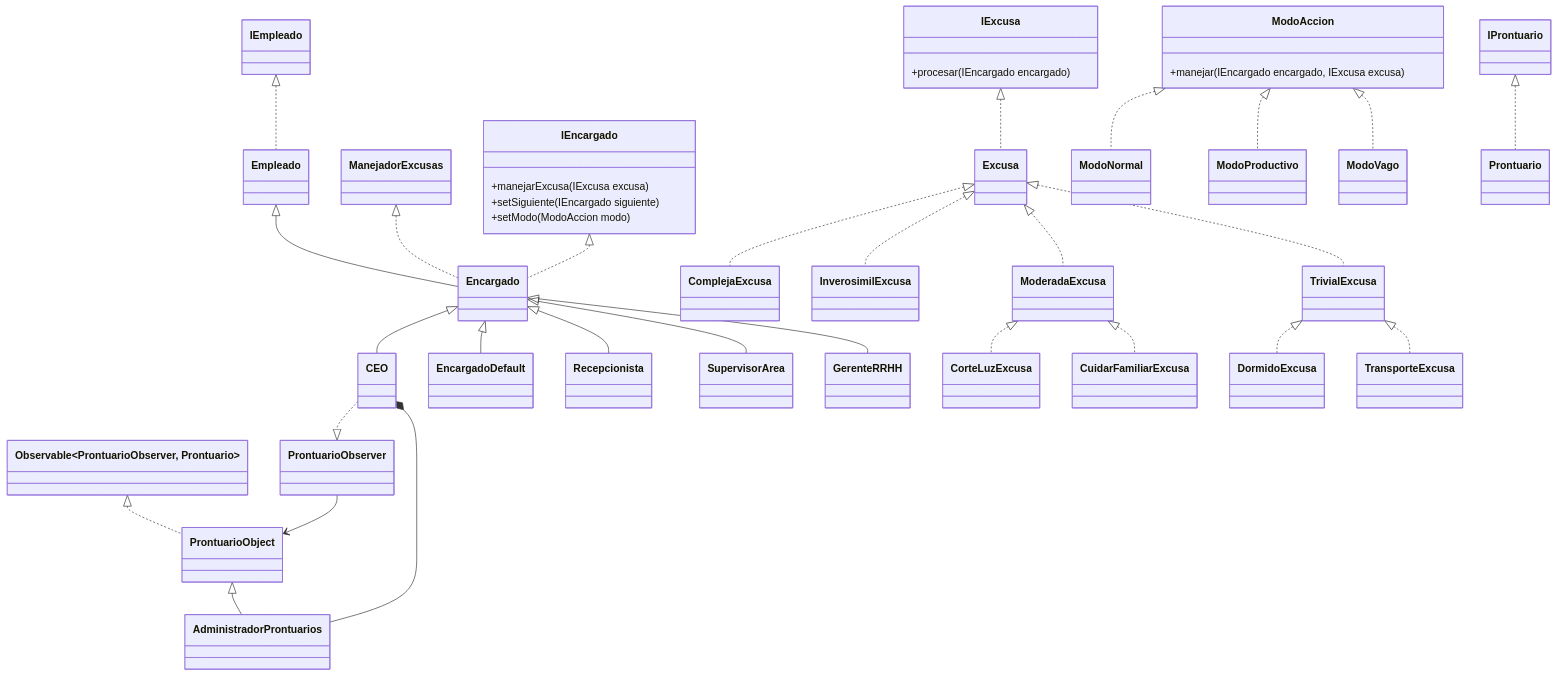
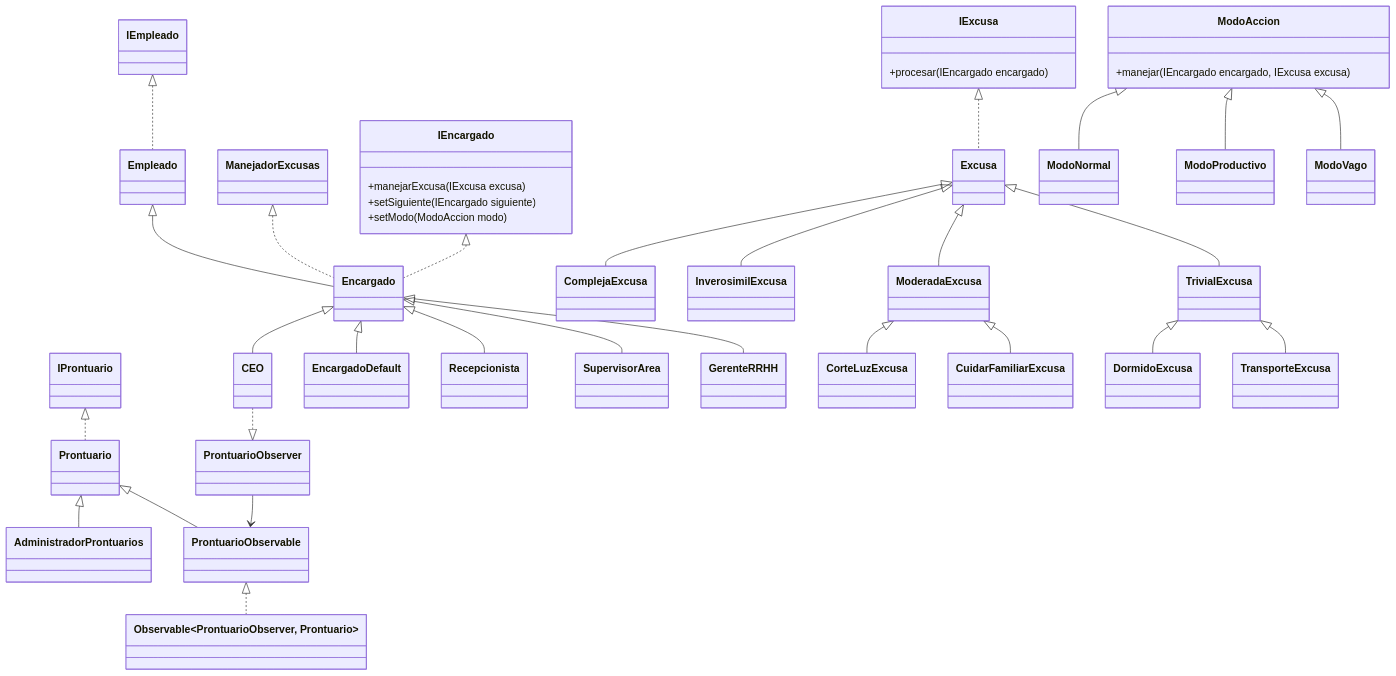
One commit to SantiFalcon59/DisenoSistemas changed the diagram in README.md. Above: the diagram before and after it, drawn with Mermaid. The commit also changed 9 other files, not shown here.

Commit message:
update uml

````diff
--- a/README.md
+++ b/README.md
@@ -68,20 +68,20 @@
     class Excusa
     class ComplejaExcusa 
     class InverosimilExcusa
-	class ModeradaExcusa
-	class TrivialExcusa
-	class CorteLuzExcusa
-	class CuidarFamiliarExcusa
-	class DormidoExcusa
-	class TransporteExcusa
-	
+    class ModeradaExcusa
+    class TrivialExcusa
+    class CorteLuzExcusa
+    class CuidarFamiliarExcusa
+    class DormidoExcusa
+    class TransporteExcusa
+
     class ModoNormal
     class ModoProductivo
     class ModoVago
 
     class AdministradorProntuarios
     class Prontuario
-    class ProntuarioObject
+    class ProntuarioObservable
     class ProntuarioObserver
 
     %% Herencias / Implementaciones
@@ -91,32 +91,33 @@
     IEncargado <|.. Encargado
 
     Encargado <|-- CEO
-	Encargado <|-- GerenteRRHH
+    Encargado <|-- GerenteRRHH
     Encargado <|-- Recepcionista
     Encargado <|-- SupervisorArea
     Encargado <|-- EncargadoDefault
 
     IExcusa <|.. Excusa
 
-    Excusa <|.. ComplejaExcusa
-    Excusa <|.. InverosimilExcusa
-    Excusa <|.. ModeradaExcusa
-    Excusa <|.. TrivialExcusa
-	
-    TrivialExcusa <|.. DormidoExcusa
-    TrivialExcusa <|.. TransporteExcusa
-    ModeradaExcusa <|.. CorteLuzExcusa
-    ModeradaExcusa <|.. CuidarFamiliarExcusa
+    Excusa <|-- ComplejaExcusa
+    Excusa <|-- InverosimilExcusa
+    Excusa <|-- ModeradaExcusa
+    Excusa <|-- TrivialExcusa
 
-    ModoAccion <|.. ModoNormal
-    ModoAccion <|.. ModoProductivo
-    ModoAccion <|.. ModoVago
+    TrivialExcusa <|-- DormidoExcusa
+    TrivialExcusa <|-- TransporteExcusa
+    ModeradaExcusa <|-- CorteLuzExcusa
+    ModeradaExcusa <|-- CuidarFamiliarExcusa
 
-    Observable~ProntuarioObserver, Prontuario~ <|.. ProntuarioObject
-    ProntuarioObject <|-- AdministradorProntuarios
+    ModoAccion <|-- ModoNormal
+    ModoAccion <|-- ModoProductivo
+    ModoAccion <|-- ModoVago
+
+    Prontuario <|-- AdministradorProntuarios
     IProntuario <|.. Prontuario
-    CEO *-- AdministradorProntuarios
 
-    ProntuarioObserver --> ProntuarioObject
+    %% Observer pattern
+    Prontuario <|-- ProntuarioObservable
+    ProntuarioObservable <|.. Observable~ProntuarioObserver, Prontuario~
     CEO ..|> ProntuarioObserver
+    ProntuarioObserver --> ProntuarioObservable
 ```
````
